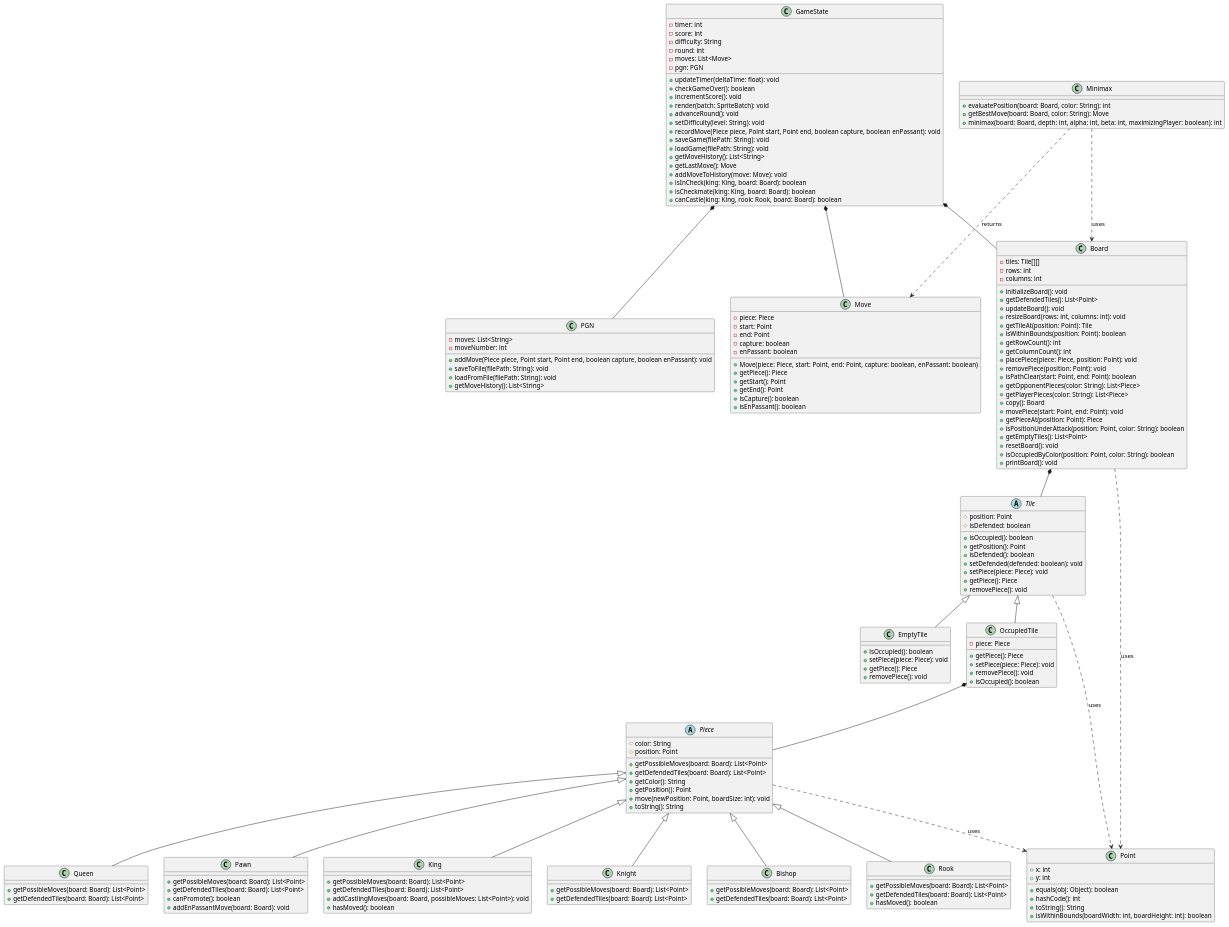
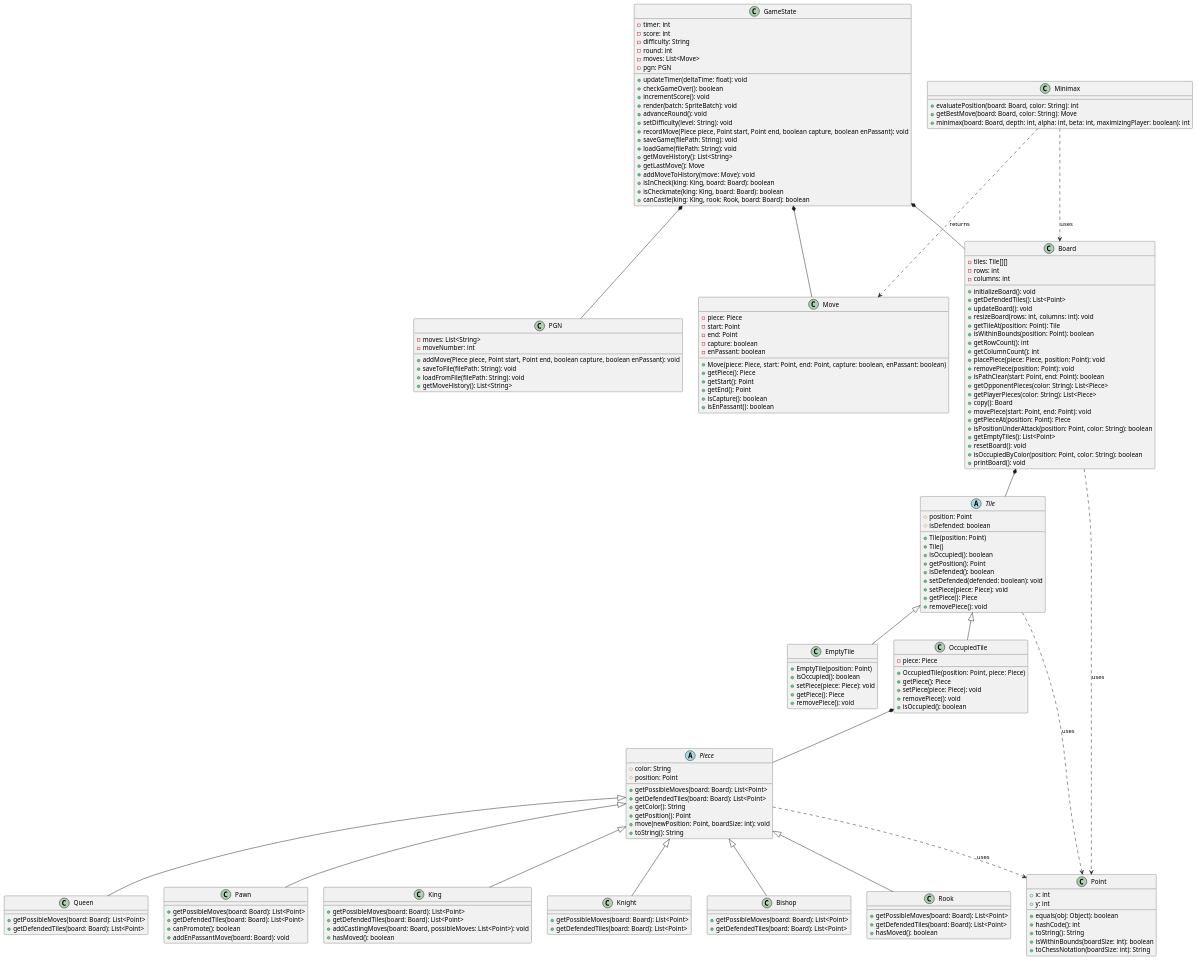
Before and after one commit to TerminalGambit/PCOO-projetfinal: the diagram in UML/WithoutTest.puml, drawn with PlantUML. The commit also changed 3 other files, not shown here.

```diff
--- a/UML/WithoutTest.puml
+++ b/UML/WithoutTest.puml
@@ -1,177 +1,182 @@
 @startuml
 
 class Point {
     +x: int
     +y: int
     +equals(obj: Object): boolean
     +hashCode(): int
     +toString(): String
-    +isWithinBounds(boardWidth: int, boardHeight: int): boolean
+    +isWithinBounds(boardSize: int): boolean
+    +toChessNotation(boardSize: int): String
 }
 
 abstract class Tile {
     #position: Point
     #isDefended: boolean
+    +Tile(position: Point)
+    +Tile()
     +isOccupied(): boolean
     +getPosition(): Point
     +isDefended(): boolean
     +setDefended(defended: boolean): void
     +setPiece(piece: Piece): void
     +getPiece(): Piece
     +removePiece(): void
 }
 
 class EmptyTile extends Tile {
+    +EmptyTile(position: Point)
     +isOccupied(): boolean
     +setPiece(piece: Piece): void
     +getPiece(): Piece
     +removePiece(): void
 }
 
 class OccupiedTile extends Tile {
     -piece: Piece
+    +OccupiedTile(position: Point, piece: Piece)
     +getPiece(): Piece
     +setPiece(piece: Piece): void
     +removePiece(): void
     +isOccupied(): boolean
 }
 
 abstract class Piece {
     #color: String
     #position: Point
     +getPossibleMoves(board: Board): List<Point>
     +getDefendedTiles(board: Board): List<Point>
     +getColor(): String
     +getPosition(): Point
     +move(newPosition: Point, boardSize: int): void
     +toString(): String
 }
 
 class King extends Piece {
     +getPossibleMoves(board: Board): List<Point>
     +getDefendedTiles(board: Board): List<Point>
     +addCastlingMoves(board: Board, possibleMoves: List<Point>): void
     +hasMoved(): boolean
 }
 
 class Knight extends Piece {
     +getPossibleMoves(board: Board): List<Point>
     +getDefendedTiles(board: Board): List<Point>
 }
 
 class Bishop extends Piece {
     +getPossibleMoves(board: Board): List<Point>
     +getDefendedTiles(board: Board): List<Point>
 }
 
 class Rook extends Piece {
     +getPossibleMoves(board: Board): List<Point>
     +getDefendedTiles(board: Board): List<Point>
     +hasMoved(): boolean
 }
 
 class Queen extends Piece {
     +getPossibleMoves(board: Board): List<Point>
     +getDefendedTiles(board: Board): List<Point>
 }
 
 class Pawn extends Piece {
     +getPossibleMoves(board: Board): List<Point>
     +getDefendedTiles(board: Board): List<Point>
     +canPromote(): boolean
     +addEnPassantMove(board: Board): void
 }
 
 class Board {
     -tiles: Tile[][]
     -rows: int
     -columns: int
     +initializeBoard(): void
     +getDefendedTiles(): List<Point>
     +updateBoard(): void
     +resizeBoard(rows: int, columns: int): void
     +getTileAt(position: Point): Tile
     +isWithinBounds(position: Point): boolean
     +getRowCount(): int
     +getColumnCount(): int
     +placePiece(piece: Piece, position: Point): void
     +removePiece(position: Point): void
     +isPathClear(start: Point, end: Point): boolean
     +getOpponentPieces(color: String): List<Piece>
     +getPlayerPieces(color: String): List<Piece>
     +copy(): Board
     +movePiece(start: Point, end: Point): void
     +getPieceAt(position: Point): Piece
     +isPositionUnderAttack(position: Point, color: String): boolean
     +getEmptyTiles(): List<Point>
     +resetBoard(): void
     +isOccupiedByColor(position: Point, color: String): boolean
     +printBoard(): void
 }
 
 class GameState {
     -timer: int
     -score: int
     -difficulty: String
     -round: int
     -moves: List<Move>
     -pgn: PGN
     +updateTimer(deltaTime: float): void
     +checkGameOver(): boolean
     +incrementScore(): void
     +render(batch: SpriteBatch): void
     +advanceRound(): void
     +setDifficulty(level: String): void
     +recordMove(Piece piece, Point start, Point end, boolean capture, boolean enPassant): void
     +saveGame(filePath: String): void
     +loadGame(filePath: String): void
     +getMoveHistory(): List<String>
     +getLastMove(): Move
     +addMoveToHistory(move: Move): void
     +isInCheck(king: King, board: Board): boolean
     +isCheckmate(king: King, board: Board): boolean
     +canCastle(king: King, rook: Rook, board: Board): boolean
 }
 
 class PGN {
     -moves: List<String>
     -moveNumber: int
     +addMove(Piece piece, Point start, Point end, boolean capture, boolean enPassant): void
     +saveToFile(filePath: String): void
     +loadFromFile(filePath: String): void
     +getMoveHistory(): List<String>
 }
 
 class Minimax {
     +evaluatePosition(board: Board, color: String): int
     +getBestMove(board: Board, color: String): Move
     +minimax(board: Board, depth: int, alpha: int, beta: int, maximizingPlayer: boolean): int
 }
 
 class Move {
     -piece: Piece
     -start: Point
     -end: Point
     -capture: boolean
     -enPassant: boolean
     +Move(piece: Piece, start: Point, end: Point, capture: boolean, enPassant: boolean)
     +getPiece(): Piece
     +getStart(): Point
     +getEnd(): Point
     +isCapture(): boolean
     +isEnPassant(): boolean
 }
 
 OccupiedTile *-- Piece
 Board *-- Tile
 GameState *-- Board
 GameState *-- PGN
 GameState *-- Move
 Minimax ..> Board : uses
 Minimax ..> Move : returns
 
 Tile ..> Point : uses
 Piece ..> Point : uses
 Board ..> Point : uses
 
 @enduml
```
